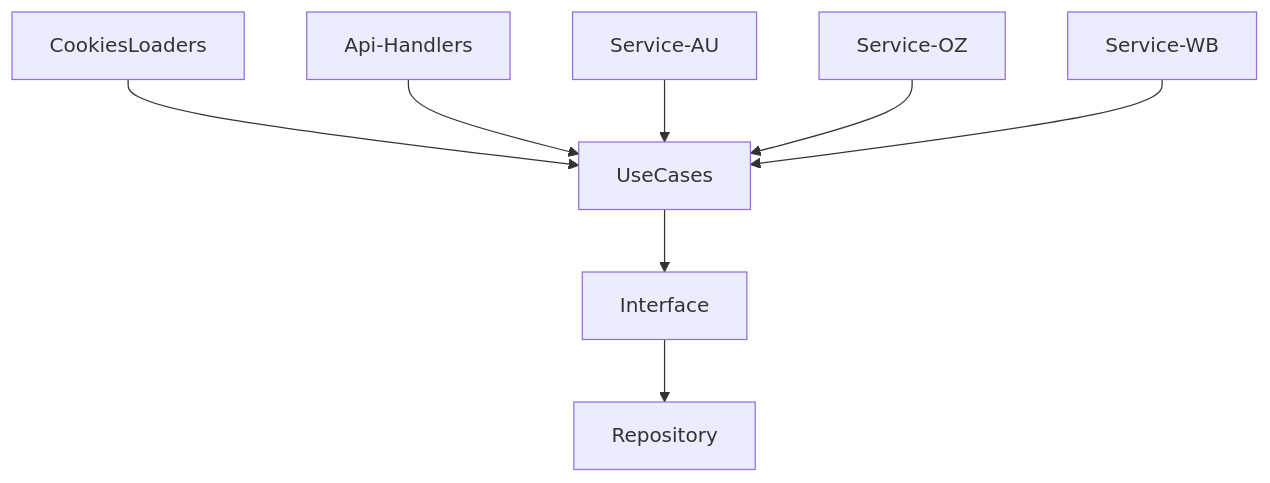
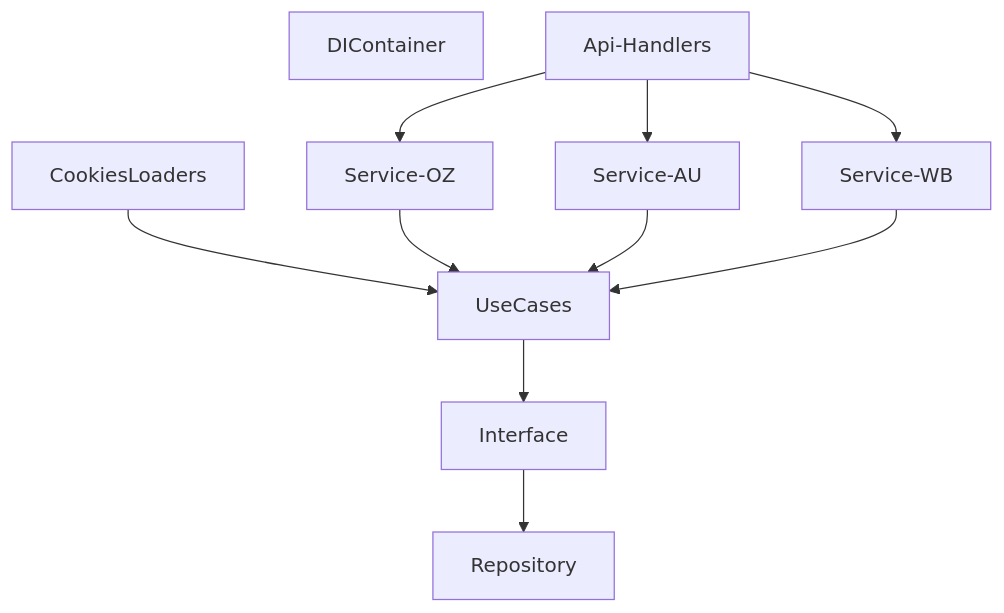
Before and after one commit to gMerl1n/test_wb_oz_au_parsers: the diagram in README.md, drawn with Mermaid. The commit also changed other lines of this file, not shown here.

````diff
--- a/README.md
+++ b/README.md
@@ -28,10 +28,13 @@
 ```mermaid
 flowchart TB
+    DIContainer
     CookiesLoaders-->UseCases
-    Api-Handlers-->UseCases
+    Api-Handlers-->Service-AU
+    Api-Handlers-->Service-OZ
+    Api-Handlers-->Service-WB
+    Service-OZ-->UseCases
     Service-AU-->UseCases
-    Service-OZ-->UseCases
     Service-WB-->UseCases
     UseCases-->Interface
     Interface-->Repository
 ```
````
